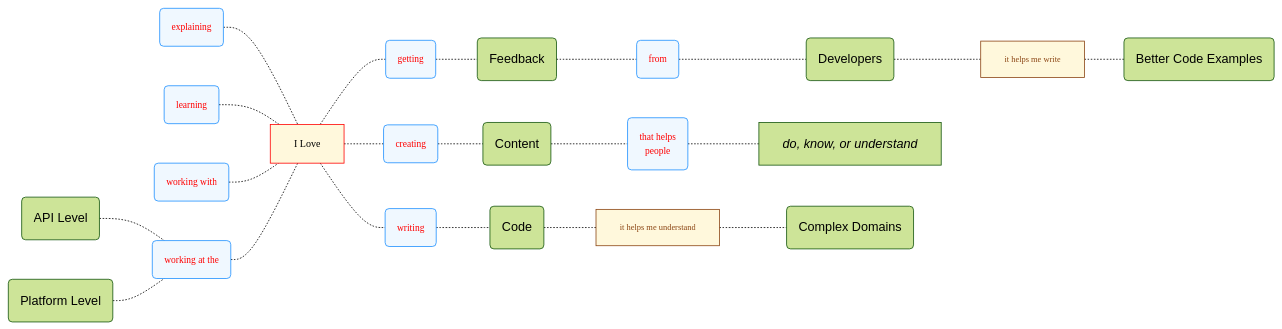
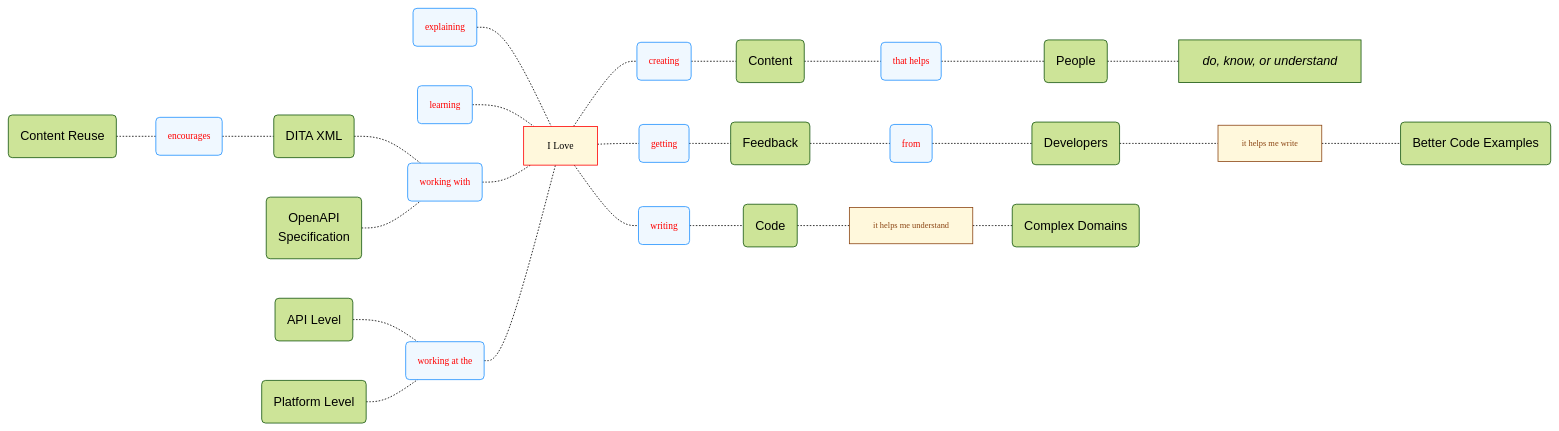
The first of 2 diagrams in overview.md (joe-dorward/samples), drawn with Mermaid before and after one commit.

````diff
--- a/overview.md
+++ b/overview.md
@@ -1,70 +1,80 @@
 ```mermaid
 %%{init: { "theme":"forest"} }%%
 flowchart LR
   classDef Compact font-family:verdana, font-size:7.5pt, text-align:left;
   classDef Variables fill:white, stroke:white, font-family:courier new, font-size:10pt;
   classDef Object fill:white, stroke:white, font-family:verdana, font-size:9pt;
 
   classDef Start fill:cornsilk, stroke:red, font-family:verdana, font-size:9.5pt;
 
   classDef Verb fill:aliceblue, color:red, stroke:dodgerblue, font-family:verdana, font-size:9pt;
 
 I_LOVE["I Love"]:::Start
+
 CODE("Code")
+DITA_XML("DITA XML")
 BETTER_CODE_EXAMPLES("Better Code Examples")
 CONTENT("Content")
+CONTENT_REUSE("Content Reuse")
 DEVELOPERS("Developers")
 FEEDBACK("Feedback")
-
+OPEN_API_SPECIFICATION("OpenAPI<br/>Specification")
+PEOPLE("People")
 PLATFORM_LEVEL("Platform Level")
 API_LEVEL("API Level")
 
 DO_KNOW_UNDERSTAND["`*do, know, or understand*`"]
 style DO_KNOW_UNDERSTAND text-align:left
 
 COMPLEX_DOMAINS("Complex Domains")
 %% DOING ==========
 
 CREATING("creating")
+ENCOURAGES("encourages")
 EXPLAINING("explaining")
 GETTING("getting")
 FROM("from")
 LEARNING("learning")
 WORKING_AT_THE("working at the")
 WORKING_WITH("working with")
 WRITING("writing")
 
-THAT_HELPS_PEOPLE("that helps
-  people")
+THAT_HELPS("that helps")
 
-class CREATING,EXPLAINING,GETTING,FROM,LEARNING,WORKING_AT_THE,WORKING_WITH,WRITING,THAT_HELPS_PEOPLE Verb;
+class CREATING,ENCOURAGES,EXPLAINING,GETTING,FROM,LEARNING,WORKING_AT_THE,WORKING_WITH,WRITING,THAT_HELPS Verb;
 
 
 
 %% NOTES ==========
 classDef Note fill:cornsilk, stroke:saddlebrown, color:saddlebrown, font-family:verdana, font-size:8pt, text-align:left;
 
 UNDERSTAND["it helps me understand"]
 
 HELPS_ME_WRITE[it helps me write]
 
 
 class UNDERSTAND,HELPS_ME_WRITE Note;
 %% CONNECTING ==========
 
 EXPLAINING-.-I_LOVE
 LEARNING-.-I_LOVE
+
+CONTENT_REUSE-.-
+ENCOURAGES-.-
+DITA_XML-.-WORKING_WITH
+
+OPEN_API_SPECIFICATION-.-
 WORKING_WITH-.-I_LOVE
 
 API_LEVEL-.-WORKING_AT_THE
 PLATFORM_LEVEL-.-WORKING_AT_THE-.-I_LOVE
 
-I_LOVE-.-CREATING-.-CONTENT-.-THAT_HELPS_PEOPLE-.-DO_KNOW_UNDERSTAND
+I_LOVE-.-CREATING-.-CONTENT-.-THAT_HELPS-.-PEOPLE-.-DO_KNOW_UNDERSTAND
 
 I_LOVE-.-WRITING-.-CODE-.-UNDERSTAND-.-COMPLEX_DOMAINS
 
 I_LOVE-.-GETTING-.-FEEDBACK-.-FROM-.-DEVELOPERS-.-HELPS_ME_WRITE-.-BETTER_CODE_EXAMPLES
 
 
 
 ```
````
